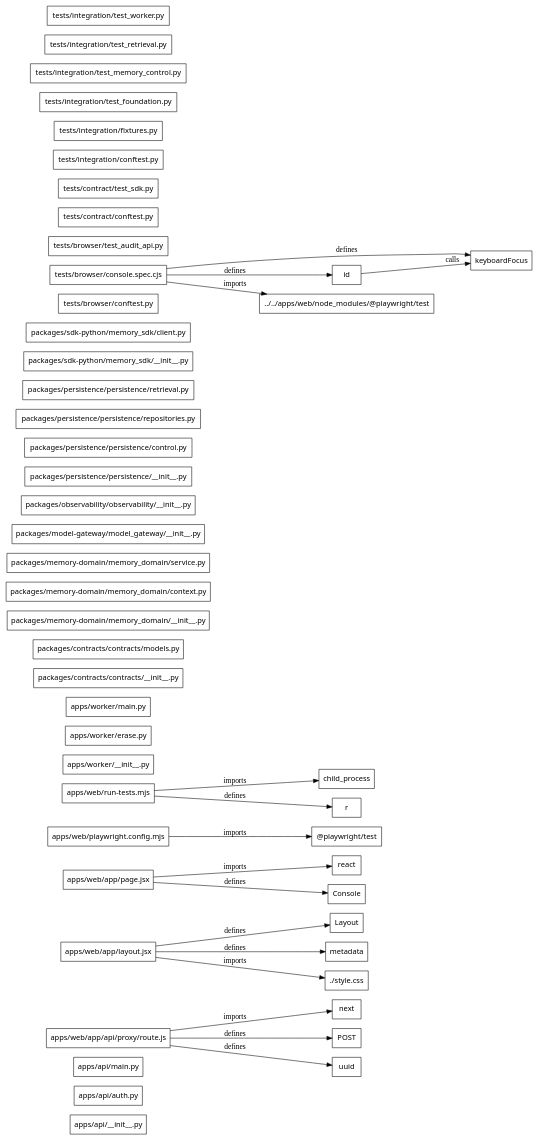
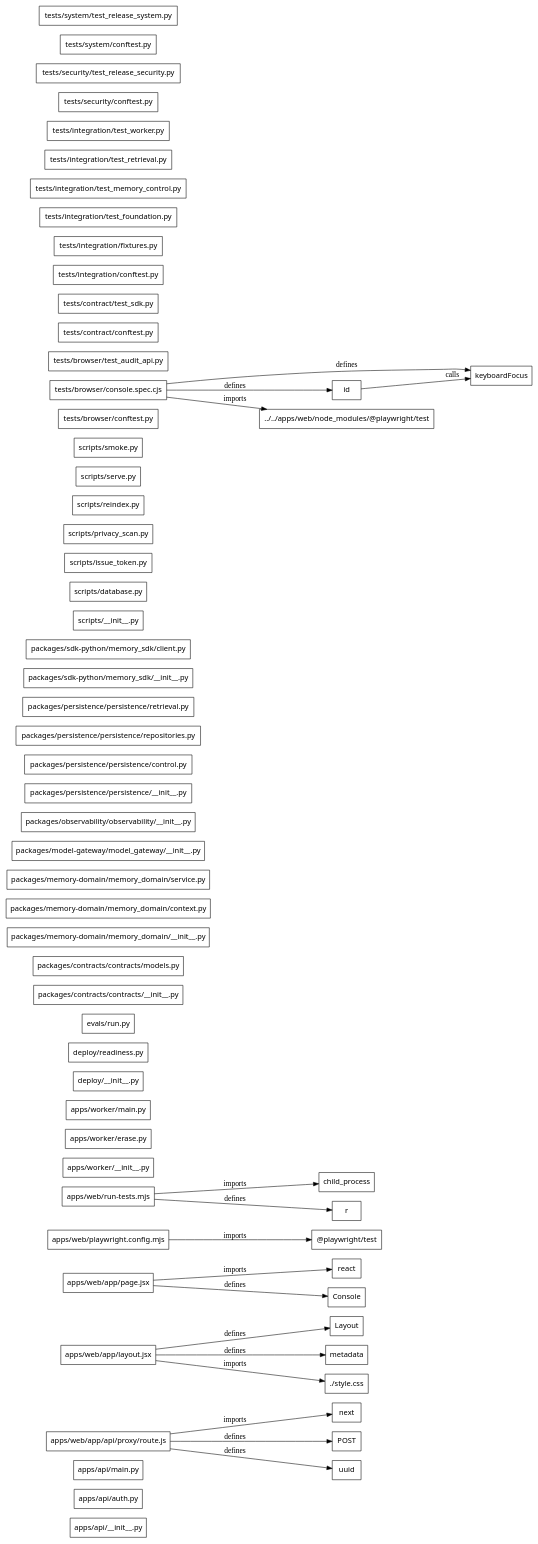
Before and after one commit to Samyak-jain7/agent-memory: the diagram in .genesis/index/graph.dot, drawn with Graphviz. The commit also changed 39 other files, not shown here.

Commit message:
Verify release lifecycle, migrations, restore, privacy and readiness

```diff
--- a/.genesis/index/graph.dot
+++ b/.genesis/index/graph.dot
@@ -1,68 +1,82 @@
 digraph genesis {
   rankdir=LR;
   node [shape=box,fontname="system-ui"];
   "file:apps/api/__init__.py" [label="apps/api/__init__.py",class="file"];
   "file:apps/api/auth.py" [label="apps/api/auth.py",class="file"];
   "file:apps/api/main.py" [label="apps/api/main.py",class="file"];
   "file:apps/web/app/api/proxy/route.js" [label="apps/web/app/api/proxy/route.js",class="file"];
   "file:apps/web/app/layout.jsx" [label="apps/web/app/layout.jsx",class="file"];
   "file:apps/web/app/page.jsx" [label="apps/web/app/page.jsx",class="file"];
   "file:apps/web/playwright.config.mjs" [label="apps/web/playwright.config.mjs",class="file"];
   "file:apps/web/run-tests.mjs" [label="apps/web/run-tests.mjs",class="file"];
   "file:apps/worker/__init__.py" [label="apps/worker/__init__.py",class="file"];
   "file:apps/worker/erase.py" [label="apps/worker/erase.py",class="file"];
   "file:apps/worker/main.py" [label="apps/worker/main.py",class="file"];
+  "file:deploy/__init__.py" [label="deploy/__init__.py",class="file"];
+  "file:deploy/readiness.py" [label="deploy/readiness.py",class="file"];
+  "file:evals/run.py" [label="evals/run.py",class="file"];
   "file:packages/contracts/contracts/__init__.py" [label="packages/contracts/contracts/__init__.py",class="file"];
   "file:packages/contracts/contracts/models.py" [label="packages/contracts/contracts/models.py",class="file"];
   "file:packages/memory-domain/memory_domain/__init__.py" [label="packages/memory-domain/memory_domain/__init__.py",class="file"];
   "file:packages/memory-domain/memory_domain/context.py" [label="packages/memory-domain/memory_domain/context.py",class="file"];
   "file:packages/memory-domain/memory_domain/service.py" [label="packages/memory-domain/memory_domain/service.py",class="file"];
   "file:packages/model-gateway/model_gateway/__init__.py" [label="packages/model-gateway/model_gateway/__init__.py",class="file"];
   "file:packages/observability/observability/__init__.py" [label="packages/observability/observability/__init__.py",class="file"];
   "file:packages/persistence/persistence/__init__.py" [label="packages/persistence/persistence/__init__.py",class="file"];
   "file:packages/persistence/persistence/control.py" [label="packages/persistence/persistence/control.py",class="file"];
   "file:packages/persistence/persistence/repositories.py" [label="packages/persistence/persistence/repositories.py",class="file"];
   "file:packages/persistence/persistence/retrieval.py" [label="packages/persistence/persistence/retrieval.py",class="file"];
   "file:packages/sdk-python/memory_sdk/__init__.py" [label="packages/sdk-python/memory_sdk/__init__.py",class="file"];
   "file:packages/sdk-python/memory_sdk/client.py" [label="packages/sdk-python/memory_sdk/client.py",class="file"];
+  "file:scripts/__init__.py" [label="scripts/__init__.py",class="file"];
+  "file:scripts/database.py" [label="scripts/database.py",class="file"];
+  "file:scripts/issue_token.py" [label="scripts/issue_token.py",class="file"];
+  "file:scripts/privacy_scan.py" [label="scripts/privacy_scan.py",class="file"];
+  "file:scripts/reindex.py" [label="scripts/reindex.py",class="file"];
+  "file:scripts/serve.py" [label="scripts/serve.py",class="file"];
+  "file:scripts/smoke.py" [label="scripts/smoke.py",class="file"];
   "file:tests/browser/conftest.py" [label="tests/browser/conftest.py",class="file"];
   "file:tests/browser/console.spec.cjs" [label="tests/browser/console.spec.cjs",class="file"];
   "file:tests/browser/test_audit_api.py" [label="tests/browser/test_audit_api.py",class="file"];
   "file:tests/contract/conftest.py" [label="tests/contract/conftest.py",class="file"];
   "file:tests/contract/test_sdk.py" [label="tests/contract/test_sdk.py",class="file"];
   "file:tests/integration/conftest.py" [label="tests/integration/conftest.py",class="file"];
   "file:tests/integration/fixtures.py" [label="tests/integration/fixtures.py",class="file"];
   "file:tests/integration/test_foundation.py" [label="tests/integration/test_foundation.py",class="file"];
   "file:tests/integration/test_memory_control.py" [label="tests/integration/test_memory_control.py",class="file"];
   "file:tests/integration/test_retrieval.py" [label="tests/integration/test_retrieval.py",class="file"];
   "file:tests/integration/test_worker.py" [label="tests/integration/test_worker.py",class="file"];
+  "file:tests/security/conftest.py" [label="tests/security/conftest.py",class="file"];
+  "file:tests/security/test_release_security.py" [label="tests/security/test_release_security.py",class="file"];
+  "file:tests/system/conftest.py" [label="tests/system/conftest.py",class="file"];
+  "file:tests/system/test_release_system.py" [label="tests/system/test_release_system.py",class="file"];
   "package:npm:@playwright/test" [label="@playwright/test",class="package"];
   "package:npm:next" [label="next",class="package"];
   "package:npm:react" [label="react",class="package"];
   "runtime:javascript:child_process" [label="child_process",class="runtime"];
   "symbol:apps/web/app/api/proxy/route.js#function:POST" [label="POST",class="symbol"];
   "symbol:apps/web/app/api/proxy/route.js#variable:uuid" [label="uuid",class="symbol"];
   "symbol:apps/web/app/layout.jsx#function:Layout" [label="Layout",class="symbol"];
   "symbol:apps/web/app/layout.jsx#variable:metadata" [label="metadata",class="symbol"];
   "symbol:apps/web/app/page.jsx#function:Console" [label="Console",class="symbol"];
   "symbol:apps/web/run-tests.mjs#variable:r" [label="r",class="symbol"];
   "symbol:tests/browser/console.spec.cjs#function:keyboardFocus" [label="keyboardFocus",class="symbol"];
   "symbol:tests/browser/console.spec.cjs#variable:id" [label="id",class="symbol"];
   "unresolved:apps/web/app/layout.jsx:./style.css" [label="./style.css",class="unresolved"];
   "unresolved:tests/browser/console.spec.cjs:../../apps/web/node_modules/@playwright/test" [label="../../apps/web/node_modules/@playwright/test",class="unresolved"];
   "symbol:tests/browser/console.spec.cjs#variable:id" -> "symbol:tests/browser/console.spec.cjs#function:keyboardFocus" [label="calls"];
   "file:apps/web/app/api/proxy/route.js" -> "symbol:apps/web/app/api/proxy/route.js#function:POST" [label="defines"];
   "file:apps/web/app/api/proxy/route.js" -> "symbol:apps/web/app/api/proxy/route.js#variable:uuid" [label="defines"];
   "file:apps/web/app/layout.jsx" -> "symbol:apps/web/app/layout.jsx#function:Layout" [label="defines"];
   "file:apps/web/app/layout.jsx" -> "symbol:apps/web/app/layout.jsx#variable:metadata" [label="defines"];
   "file:apps/web/app/page.jsx" -> "symbol:apps/web/app/page.jsx#function:Console" [label="defines"];
   "file:apps/web/run-tests.mjs" -> "symbol:apps/web/run-tests.mjs#variable:r" [label="defines"];
   "file:tests/browser/console.spec.cjs" -> "symbol:tests/browser/console.spec.cjs#function:keyboardFocus" [label="defines"];
   "file:tests/browser/console.spec.cjs" -> "symbol:tests/browser/console.spec.cjs#variable:id" [label="defines"];
   "file:apps/web/app/api/proxy/route.js" -> "package:npm:next" [label="imports"];
   "file:apps/web/app/layout.jsx" -> "unresolved:apps/web/app/layout.jsx:./style.css" [label="imports"];
   "file:apps/web/app/page.jsx" -> "package:npm:react" [label="imports"];
   "file:apps/web/playwright.config.mjs" -> "package:npm:@playwright/test" [label="imports"];
   "file:apps/web/run-tests.mjs" -> "runtime:javascript:child_process" [label="imports"];
   "file:tests/browser/console.spec.cjs" -> "unresolved:tests/browser/console.spec.cjs:../../apps/web/node_modules/@playwright/test" [label="imports"];
 }
```
